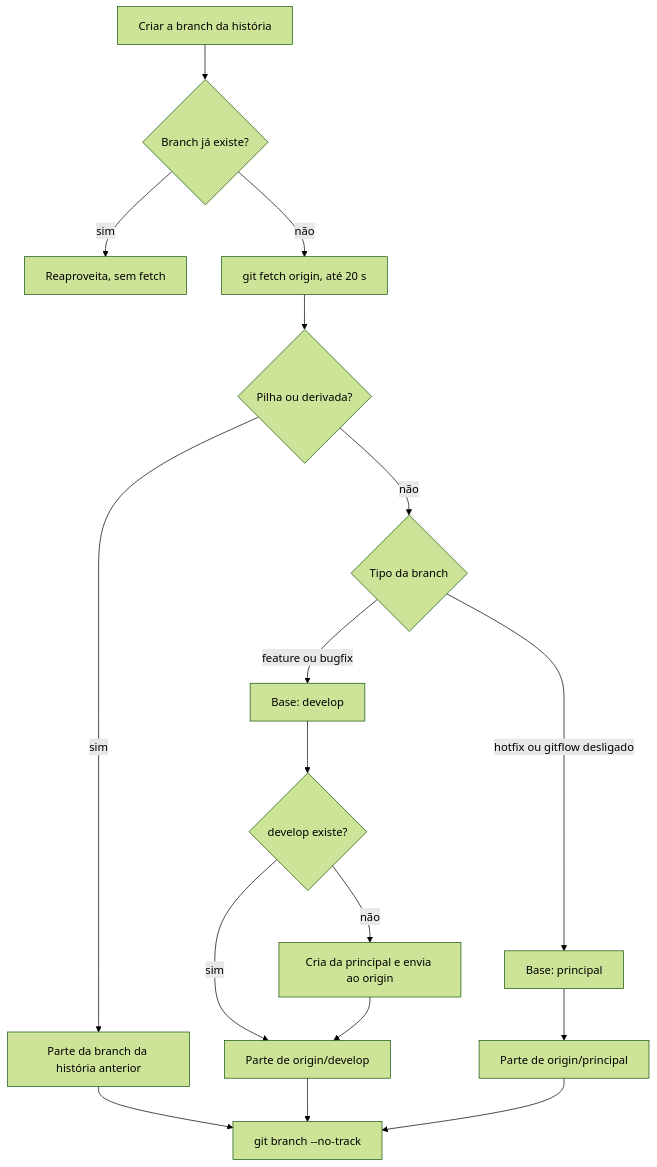
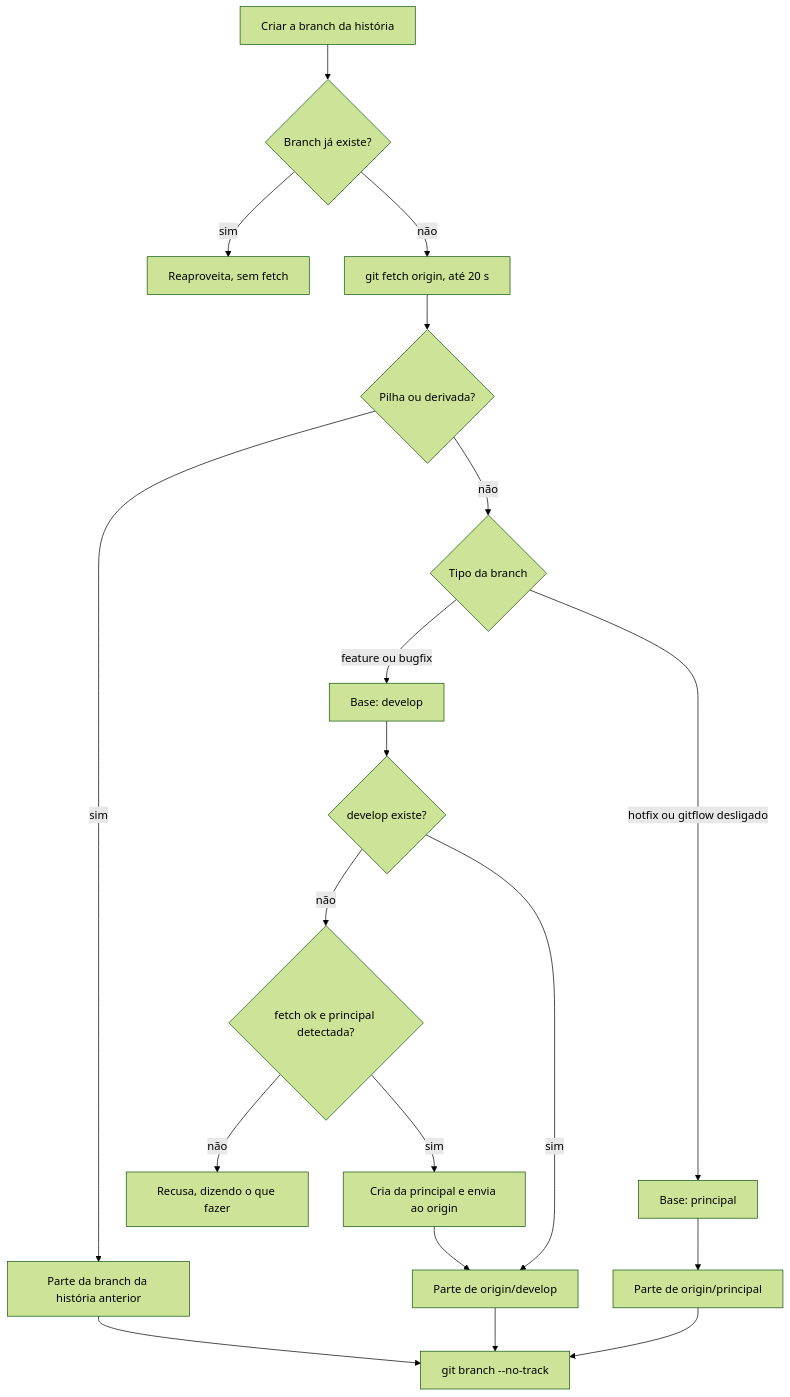
One commit to euclidesgc/faz-ai changed the diagram in docs/decisoes/0462-adotar-gitflow-em-todas-as-branches-e-wo.md. Above: the diagram before and after it, drawn with Mermaid (forest theme). The commit also changed other lines of this file and 13 other files, not shown here.

First line of the commit message:
Revisão #462: B1–B6 (sem origin, fetch falho, principal não detectada, base de branch existente, settings do projeto, base sumida)

````diff
--- a/docs/decisoes/0462-adotar-gitflow-em-todas-as-branches-e-wo.md
+++ b/docs/decisoes/0462-adotar-gitflow-em-todas-as-branches-e-wo.md
@@ -58,19 +69,21 @@
 ```mermaid
 flowchart TD
   A[Criar a branch da história] --> B{Branch já existe?}
   B -- sim --> Z[Reaproveita, sem fetch]
   B -- não --> C[git fetch origin, até 20 s]
   C --> D{Pilha ou derivada?}
   D -- sim --> E[Parte da branch da história anterior]
   D -- não --> F{Tipo da branch}
   F -- feature ou bugfix --> G[Base: develop]
   F -- hotfix ou gitflow desligado --> H[Base: principal]
   G --> I{develop existe?}
-  I -- não --> J[Cria da principal e envia ao origin]
+  I -- não --> N{fetch ok e principal detectada?}
+  N -- não --> O[Recusa, dizendo o que fazer]
+  N -- sim --> J[Cria da principal e envia ao origin]
   I -- sim --> K[Parte de origin/develop]
   J --> K
   H --> L[Parte de origin/principal]
   E --> M[git branch --no-track]
   K --> M
   L --> M
 ```
````
